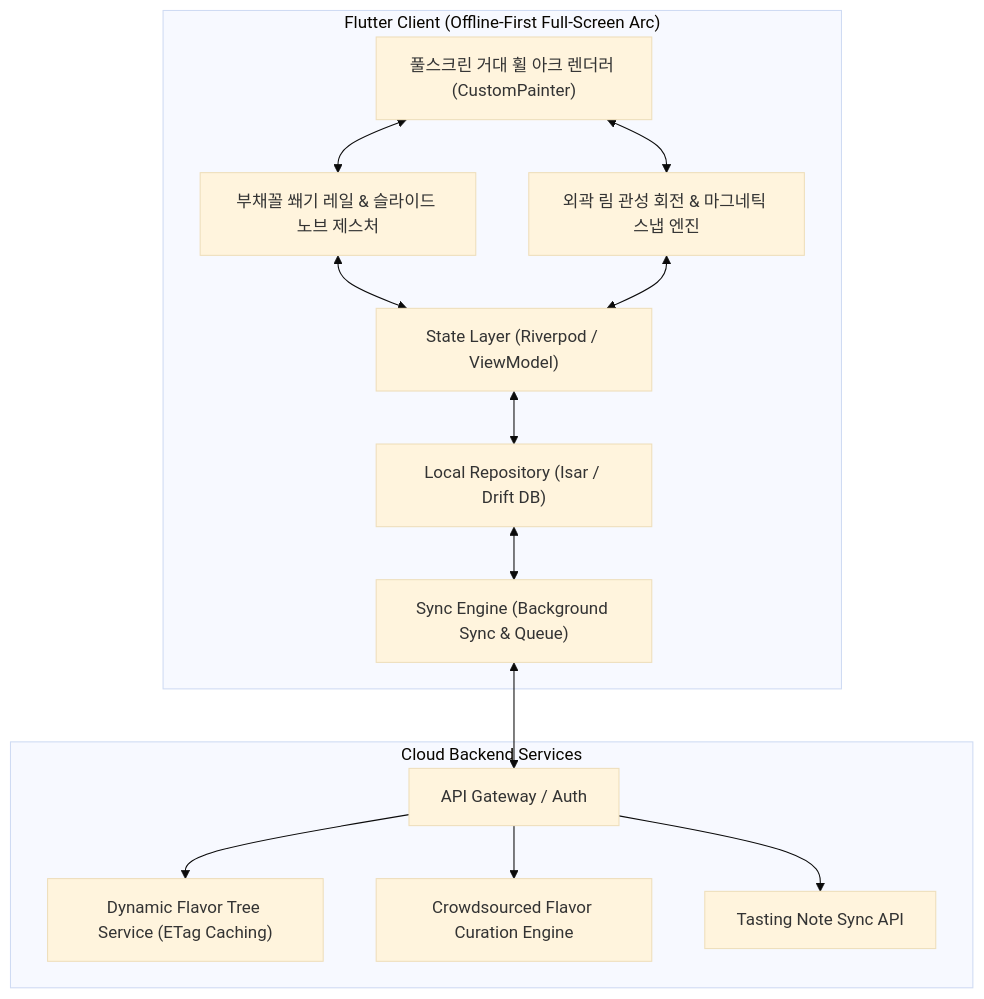
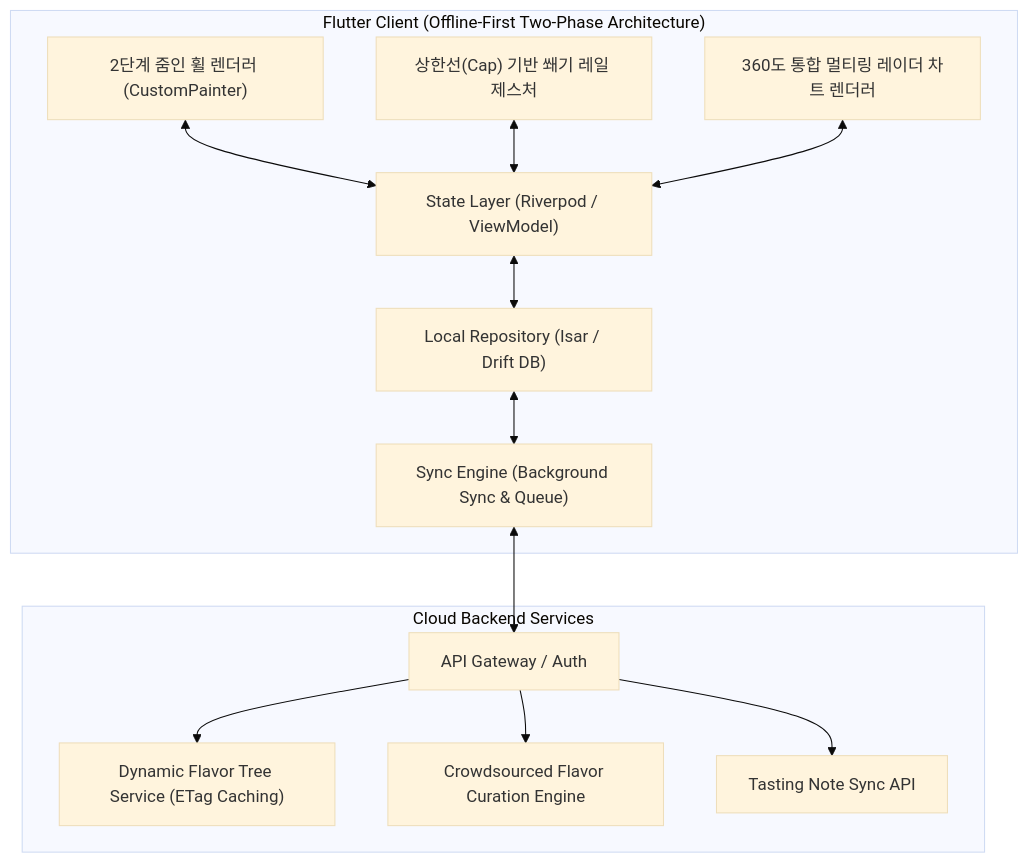
Before and after one commit to chanhooop/FlavorWheel: the second of 3 diagrams in README.md, drawn with Mermaid (base theme). The commit also changed other lines of this file and 1 other file, not shown here.

Commit message:
feat: 초기 0점 시작, 2단계 줌인 인차트 평가 및 360도 통합 레이더 차트 결과 완성 구현

````diff
--- a/README.md
+++ b/README.md
@@ -102,31 +106,30 @@
 ```mermaid
 graph TB
-    subgraph Client ["Flutter Client (Offline-First Full-Screen Arc)"]
-        FullScreenCanvas["풀스크린 거대 휠 아크 렌더러 (CustomPainter)"]
-        WedgeRailEngine["부채꼴 쐐기 레일 & 슬라이드 노브 제스처"]
-        WheelSpinEngine["외곽 림 관성 회전 & 마그네틱 스냅 엔진"]
+    subgraph Client ["Flutter Client (Offline-First Two-Phase Architecture)"]
+        ZoomEngine["2단계 줌인 휠 렌더러 (CustomPainter)"]
+        WedgeEngine["상한선(Cap) 기반 쐐기 레일 제스처"]
+        FullRadarEngine["360도 통합 멀티링 레이더 차트 렌더러"]
 
         State["State Layer (Riverpod / ViewModel)"]
         SyncEngine["Sync Engine (Background Sync & Queue)"]
         LocalRepository["Local Repository (Isar / Drift DB)"]
 
-        FullScreenCanvas <--> WedgeRailEngine
-        FullScreenCanvas <--> WheelSpinEngine
-        WedgeRailEngine <--> State
-        WheelSpinEngine <--> State
+        ZoomEngine <--> State
+        WedgeEngine <--> State
+        FullRadarEngine <--> State
         State <--> LocalRepository
         LocalRepository <--> SyncEngine
     end
 
     subgraph RemoteBackend ["Cloud Backend Services"]
         Gateway["API Gateway / Auth"]
         TreeService["Dynamic Flavor Tree Service (ETag Caching)"]
         CurationService["Crowdsourced Flavor Curation Engine"]
         NoteService["Tasting Note Sync API"]
     end
 
     SyncEngine <--> Gateway
     Gateway --> TreeService
     Gateway --> CurationService
     Gateway --> NoteService
 ```
````
